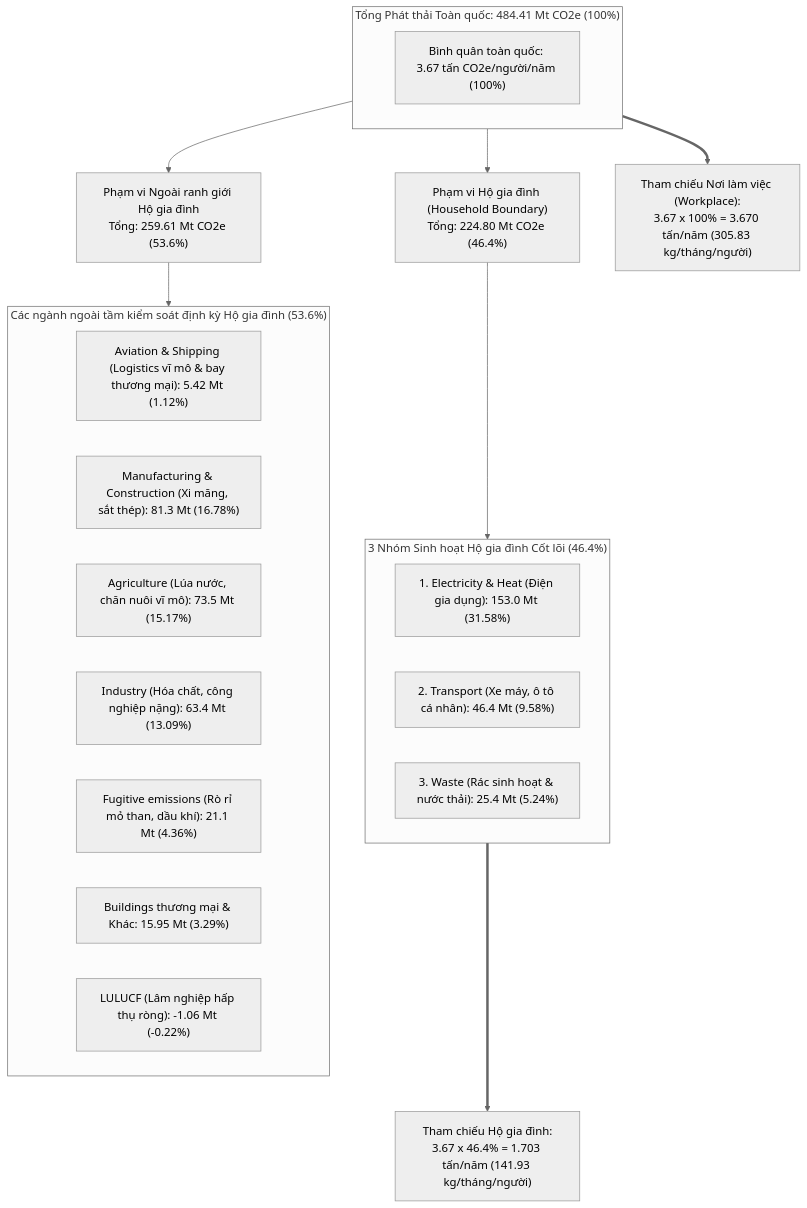
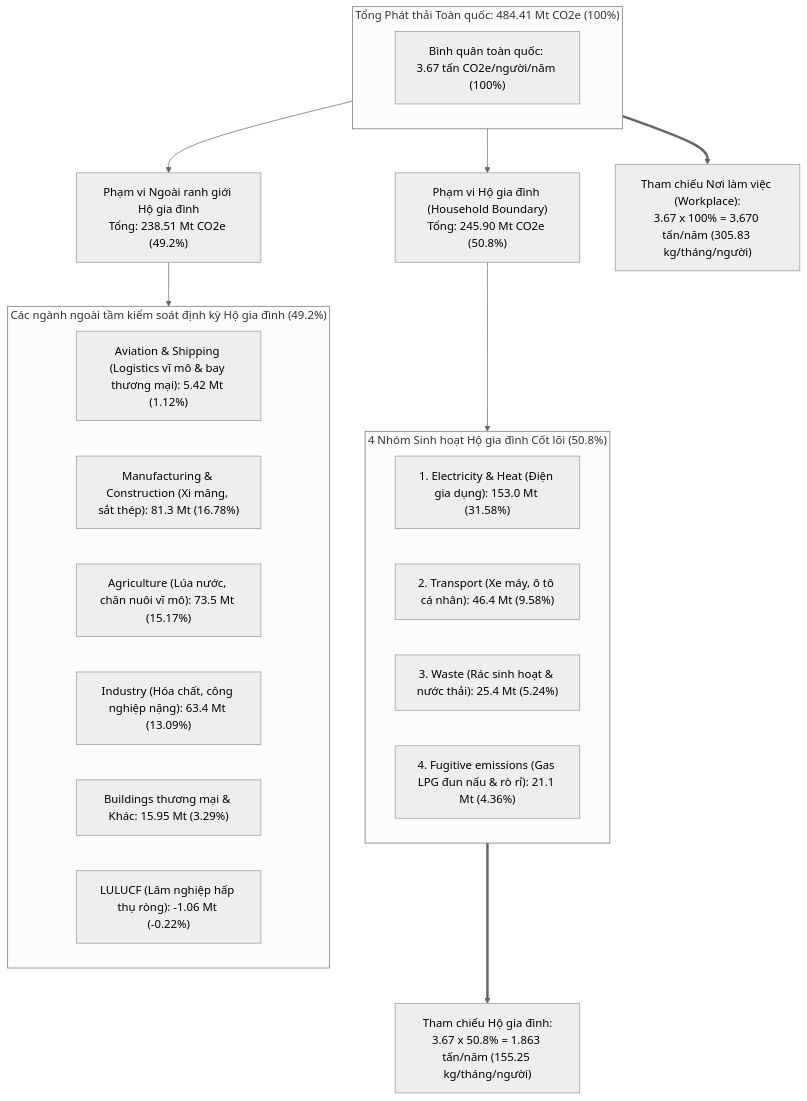
Before and after one commit to DatTienNguyenn/PMDC-BATCH4-DATNT250: the first of 3 diagrams in docs/emission-reference-benchmark.md, drawn with Mermaid (neutral theme). The commit also changed other lines of this file and 9 other files, not shown here.

Commit message:
docs: include fugitive emissions in household benchmark adjusting ratio to 50.8% (#8)

````diff
--- a/docs/emission-reference-benchmark.md
+++ b/docs/emission-reference-benchmark.md
@@ -89,31 +90,31 @@
 ```mermaid
 flowchart TD
     subgraph Total["Tổng Phát thải Toàn quốc: 484.41 Mt CO2e (100%)"]
         NAT["Bình quân toàn quốc: 3.67 tấn CO2e/người/năm (100%)"]
     end
 
-    Total --> HB["Phạm vi Hộ gia đình (Household Boundary)<br>Tổng: 224.80 Mt CO2e (46.4%)"]
-    Total --> MB["Phạm vi Ngoài ranh giới Hộ gia đình<br>Tổng: 259.61 Mt CO2e (53.6%)"]
+    Total --> HB["Phạm vi Hộ gia đình (Household Boundary)<br>Tổng: 245.90 Mt CO2e (50.8%)"]
+    Total --> MB["Phạm vi Ngoài ranh giới Hộ gia đình<br>Tổng: 238.51 Mt CO2e (49.2%)"]
 
-    subgraph HBGroup["3 Nhóm Sinh hoạt Hộ gia đình Cốt lõi (46.4%)"]
+    subgraph HBGroup["4 Nhóm Sinh hoạt Hộ gia đình Cốt lõi (50.8%)"]
         H1["1. Electricity & Heat (Điện gia dụng): 153.0 Mt (31.58%)"]
         H2["2. Transport (Xe máy, ô tô cá nhân): 46.4 Mt (9.58%)"]
         H3["3. Waste (Rác sinh hoạt & nước thải): 25.4 Mt (5.24%)"]
+        H4["4. Fugitive emissions (Gas LPG đun nấu & rò rỉ): 21.1 Mt (4.36%)"]
     end
 
-    subgraph MBGroup["Các ngành ngoài tầm kiểm soát định kỳ Hộ gia đình (53.6%)"]
+    subgraph MBGroup["Các ngành ngoài tầm kiểm soát định kỳ Hộ gia đình (49.2%)"]
         M0["Aviation & Shipping (Logistics vĩ mô & bay thương mại): 5.42 Mt (1.12%)"]
         M1["Manufacturing & Construction (Xi măng, sắt thép): 81.3 Mt (16.78%)"]
         M2["Agriculture (Lúa nước, chăn nuôi vĩ mô): 73.5 Mt (15.17%)"]
         M3["Industry (Hóa chất, công nghiệp nặng): 63.4 Mt (13.09%)"]
-        M4["Fugitive emissions (Rò rỉ mỏ than, dầu khí): 21.1 Mt (4.36%)"]
-        M5["Buildings thương mại & Khác: 15.95 Mt (3.29%)"]
-        M6["LULUCF (Lâm nghiệp hấp thụ ròng): -1.06 Mt (-0.22%)"]
+        M4["Buildings thương mại & Khác: 15.95 Mt (3.29%)"]
+        M5["LULUCF (Lâm nghiệp hấp thụ ròng): -1.06 Mt (-0.22%)"]
     end
 
     HB --> HBGroup
     MB --> MBGroup
 
-    HBGroup ==> BENCH_HH["Tham chiếu Hộ gia đình:<br>3.67 x 46.4% = 1.703 tấn/năm (141.93 kg/tháng/người)"]
+    HBGroup ==> BENCH_HH["Tham chiếu Hộ gia đình:<br>3.67 x 50.8% = 1.863 tấn/năm (155.25 kg/tháng/người)"]
     Total ==> BENCH_WP["Tham chiếu Nơi làm việc (Workplace):<br>3.67 x 100% = 3.670 tấn/năm (305.83 kg/tháng/người)"]
 ```
````
